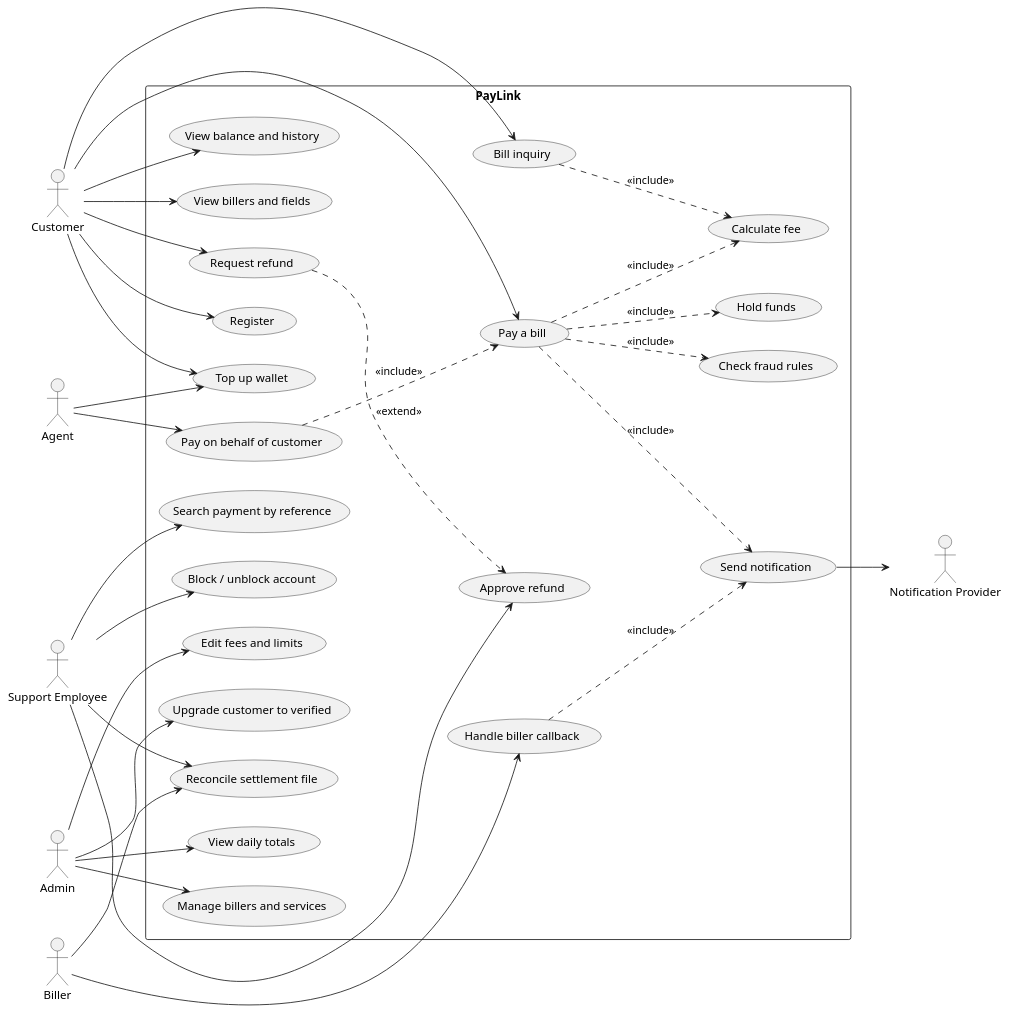
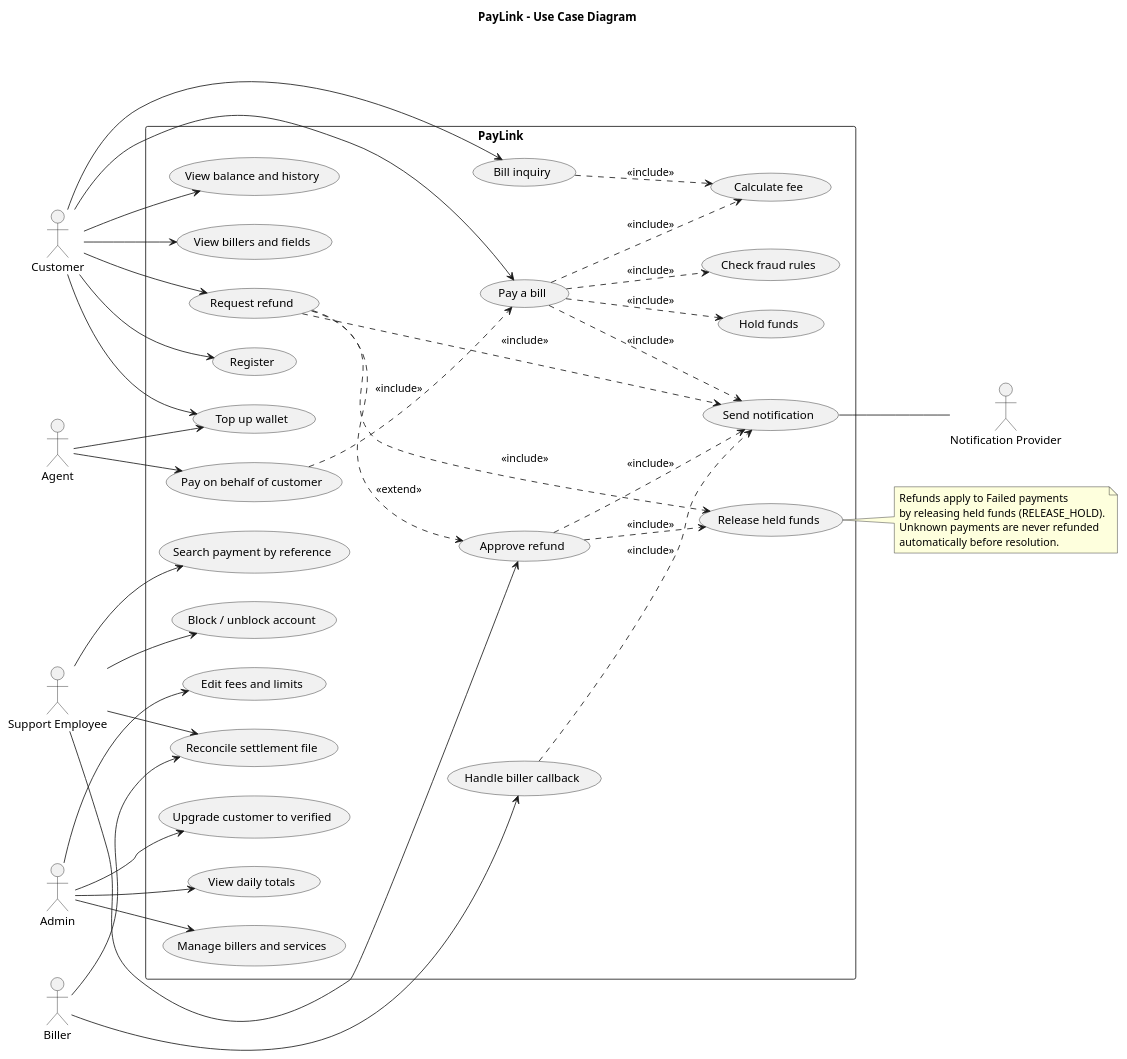
The diagram in docs/design/usecase.puml (omarosama16/PayLink), drawn with PlantUML before and after one commit. The commit also changed 8 other files, not shown here.

```diff
--- a/docs/design/usecase.puml
+++ b/docs/design/usecase.puml
@@ -1,63 +1,90 @@
 @startuml
+title PayLink - Use Case Diagram
 left to right direction
+skinparam packageStyle rectangle
+
 actor Customer
 actor Agent
 actor "Support Employee" as Support
 actor Admin
 actor Biller
 actor "Notification Provider" as NotifProvider
 
 rectangle PayLink {
   usecase "Register" as UC1
   usecase "Top up wallet" as UC2
   usecase "View balance and history" as UC3
   usecase "View billers and fields" as UC4
   usecase "Bill inquiry" as UC5
   usecase "Pay a bill" as UC6
   usecase "Check fraud rules" as UC7
   usecase "Calculate fee" as UC8
   usecase "Hold funds" as UC9
   usecase "Send notification" as UC10
   usecase "Pay on behalf of customer" as UC11
   usecase "Request refund" as UC12
   usecase "Search payment by reference" as UC13
   usecase "Block / unblock account" as UC14
   usecase "Approve refund" as UC15
   usecase "Manage billers and services" as UC16
   usecase "Edit fees and limits" as UC17
   usecase "Upgrade customer to verified" as UC18
   usecase "View daily totals" as UC19
   usecase "Reconcile settlement file" as UC20
   usecase "Handle biller callback" as UC21
+  usecase "Release held funds" as UC22
 }
 
+' Primary actors & use cases
 Customer --> UC1
 Customer --> UC2
 Customer --> UC3
 Customer --> UC4
 Customer --> UC5
 Customer --> UC6
 Customer --> UC12
+
 Agent --> UC11
 Agent --> UC2
+
 Support --> UC13
 Support --> UC14
 Support --> UC15
 Support --> UC20
+
 Admin --> UC16
 Admin --> UC17
 Admin --> UC18
 Admin --> UC19
+
 Biller --> UC21
 Biller --> UC20
-UC10 --> NotifProvider
 
+' Notification provider association
+UC10 -- NotifProvider
+
+' Include & extend relationships
 UC6 ..> UC7 : <<include>>
 UC6 ..> UC8 : <<include>>
 UC6 ..> UC9 : <<include>>
 UC6 ..> UC10 : <<include>>
+
 UC5 ..> UC8 : <<include>>
 UC11 ..> UC6 : <<include>>
+
 UC12 ..> UC15 : <<extend>>
+UC12 ..> UC22 : <<include>>
+UC12 ..> UC10 : <<include>>
+
+UC15 ..> UC22 : <<include>>
+UC15 ..> UC10 : <<include>>
+
 UC21 ..> UC10 : <<include>>
+
+note right of UC22
+  Refunds apply to Failed payments
+  by releasing held funds (RELEASE_HOLD).
+  Unknown payments are never refunded
+  automatically before resolution.
+end note
 @enduml
```
